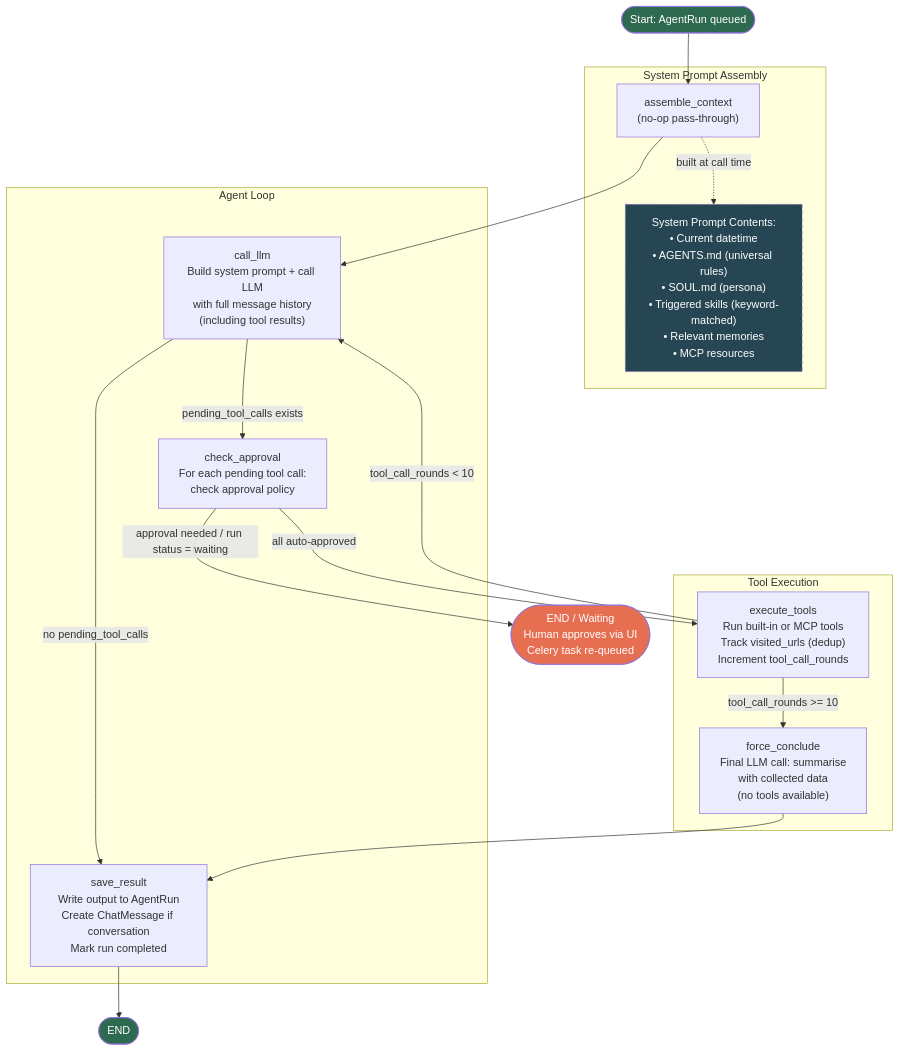
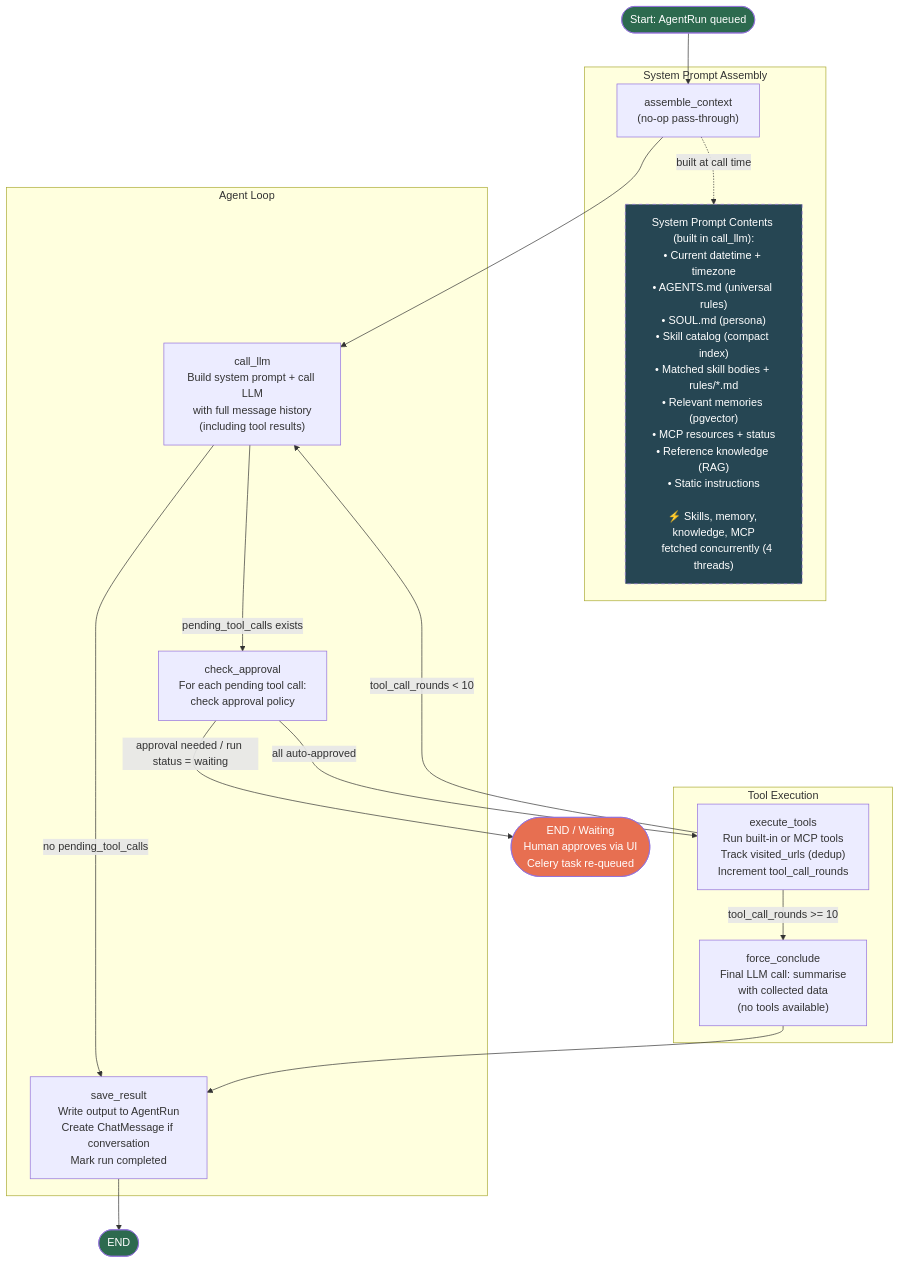
One commit to fylee/GavinAgent changed the diagram in .doc/agent-loop.md. Above: the diagram before and after it, drawn with Mermaid. The commit also changed other lines of this file and 1 other file, not shown here.

First line of the commit message:
docs: update architecture.md and agent-loop.md to current state

````diff
--- a/.doc/agent-loop.md
+++ b/.doc/agent-loop.md
@@ -9,63 +9,69 @@
 ```mermaid
 flowchart TD
     START([Start: AgentRun queued]) --> assemble_context
 
     subgraph "System Prompt Assembly"
         assemble_context["assemble_context
 (no-op pass-through)"]
-        SP["System Prompt Contents:
-• Current datetime
+        SP["System Prompt Contents (built in call_llm):
+• Current datetime + timezone
 • AGENTS.md (universal rules)
 • SOUL.md (persona)
-• Triggered skills (keyword-matched)
-• Relevant memories
-• MCP resources"]
+• Skill catalog (compact index)
+• Matched skill bodies + rules/*.md
+• Relevant memories (pgvector)
+• MCP resources + status
+• Reference knowledge (RAG)
+• Static instructions
+
+⚡ Skills, memory, knowledge, MCP
+   fetched concurrently (4 threads)"]
         assemble_context -.->|built at call time| SP
     end
 
     subgraph "Agent Loop"
         call_llm["call_llm
 Build system prompt + call LLM
 with full message history
 (including tool results)"]
         check_approval["check_approval
 For each pending tool call:
 check approval policy"]
         save_result["save_result
 Write output to AgentRun
 Create ChatMessage if conversation
 Mark run completed"]
     end
 
     subgraph "Tool Execution"
         execute_tools["execute_tools
 Run built-in or MCP tools
 Track visited_urls (dedup)
 Increment tool_call_rounds"]
         force_conclude["force_conclude
 Final LLM call: summarise
 with collected data
 (no tools available)"]
     end
 
     assemble_context --> call_llm
 
     call_llm -->|"pending_tool_calls exists"| check_approval
     call_llm -->|"no pending_tool_calls"| save_result
 
     check_approval -->|"approval needed / run status = waiting"| WAITING([END / Waiting
 Human approves via UI
 Celery task re-queued])
     check_approval -->|"all auto-approved"| execute_tools
 
     execute_tools -->|"tool_call_rounds < 10"| call_llm
     execute_tools -->|"tool_call_rounds >= 10"| force_conclude
 
     force_conclude --> save_result
     save_result --> END_NODE([END])
 
     style START fill:#2d6a4f,color:#fff
     style END_NODE fill:#2d6a4f,color:#fff
     style WAITING fill:#e76f51,color:#fff
     style SP fill:#264653,color:#fff,stroke-dasharray: 5 5
 ```
````
